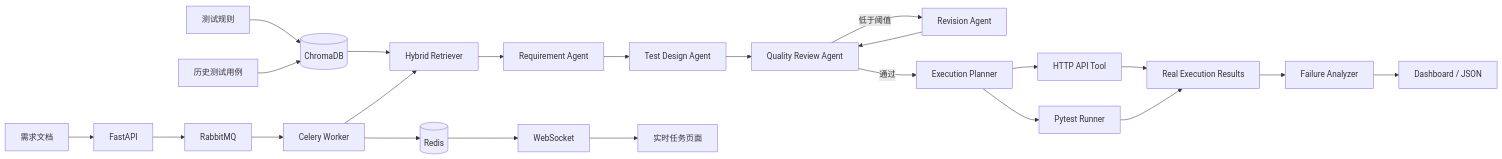
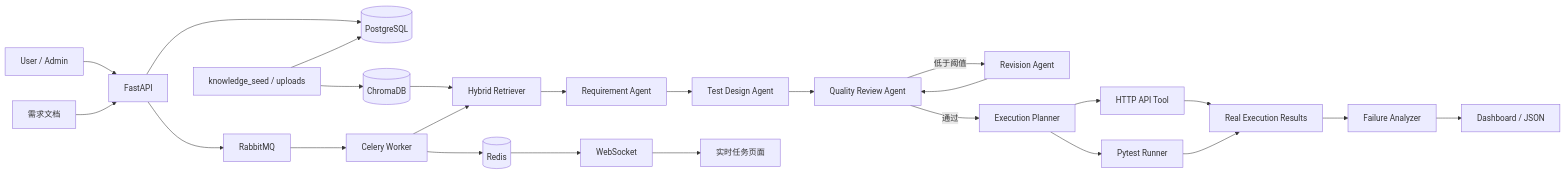
One commit to xingqianyue268-alt/req2test-agent changed the diagram in README.md. Above: the diagram before and after it, drawn with Mermaid. The commit also changed other lines of this file and 1 other file, not shown here.

````diff
--- a/README.md
+++ b/README.md
@@ -37,29 +41,31 @@
 ```mermaid
 flowchart LR
-    A[需求文档] --> API[FastAPI]
+    U[User / Admin] --> API[FastAPI]
+    A[需求文档] --> API
+    API --> PG[(PostgreSQL)]
     API --> MQ[RabbitMQ]
     MQ --> W[Celery Worker]
 
-    Rules[测试规则] --> VDB[(ChromaDB)]
-    Cases[历史测试用例] --> VDB
+    Seed[knowledge_seed / uploads] --> PG
+    Seed --> VDB[(ChromaDB)]
     VDB --> RAG[Hybrid Retriever]
 
     W --> RAG
     RAG --> RA[Requirement Agent]
     RA --> TD[Test Design Agent]
     TD --> QR[Quality Review Agent]
     QR -->|低于阈值| RV[Revision Agent]
     RV --> QR
 
     QR -->|通过| P[Execution Planner]
     P --> HT[HTTP API Tool]
     P --> PT[Pytest Runner]
     HT --> ER[Real Execution Results]
     PT --> ER
     ER --> FA[Failure Analyzer]
     FA --> OUT[Dashboard / JSON]
 
     W --> Redis[(Redis)]
     Redis --> WS[WebSocket]
     WS --> UI[实时任务页面]
 ```
````
